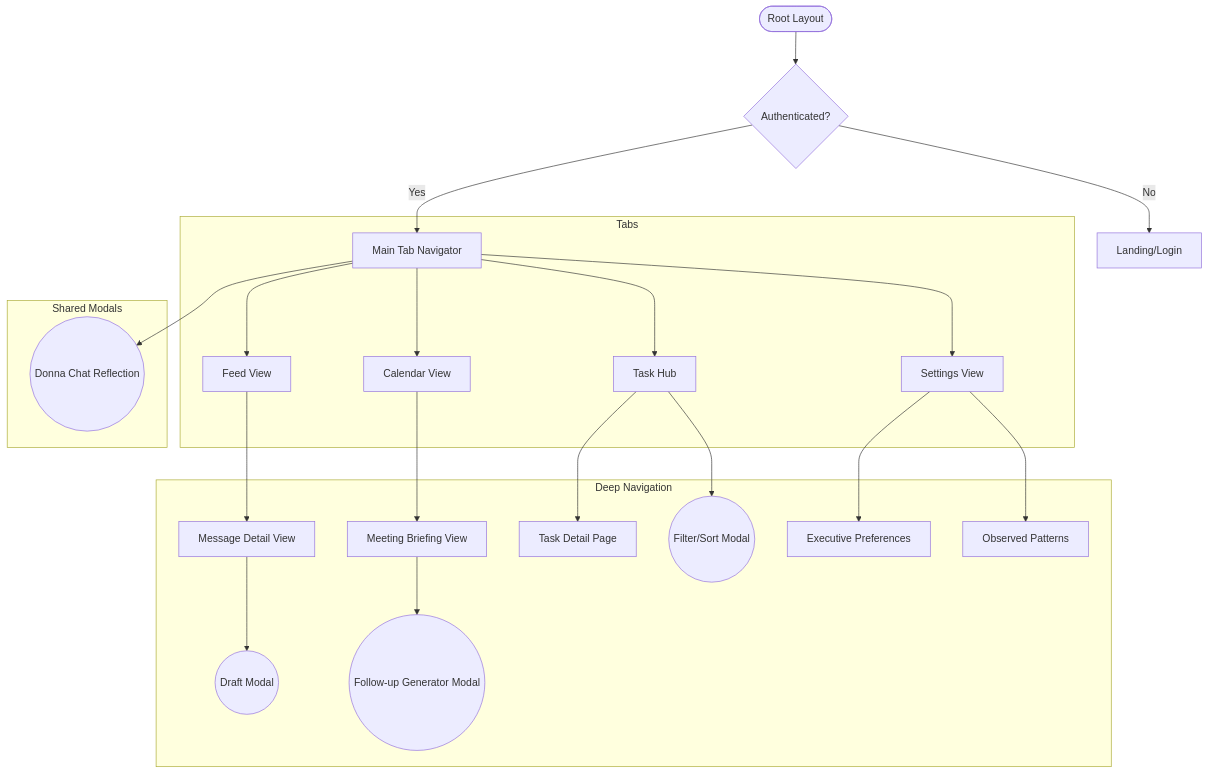
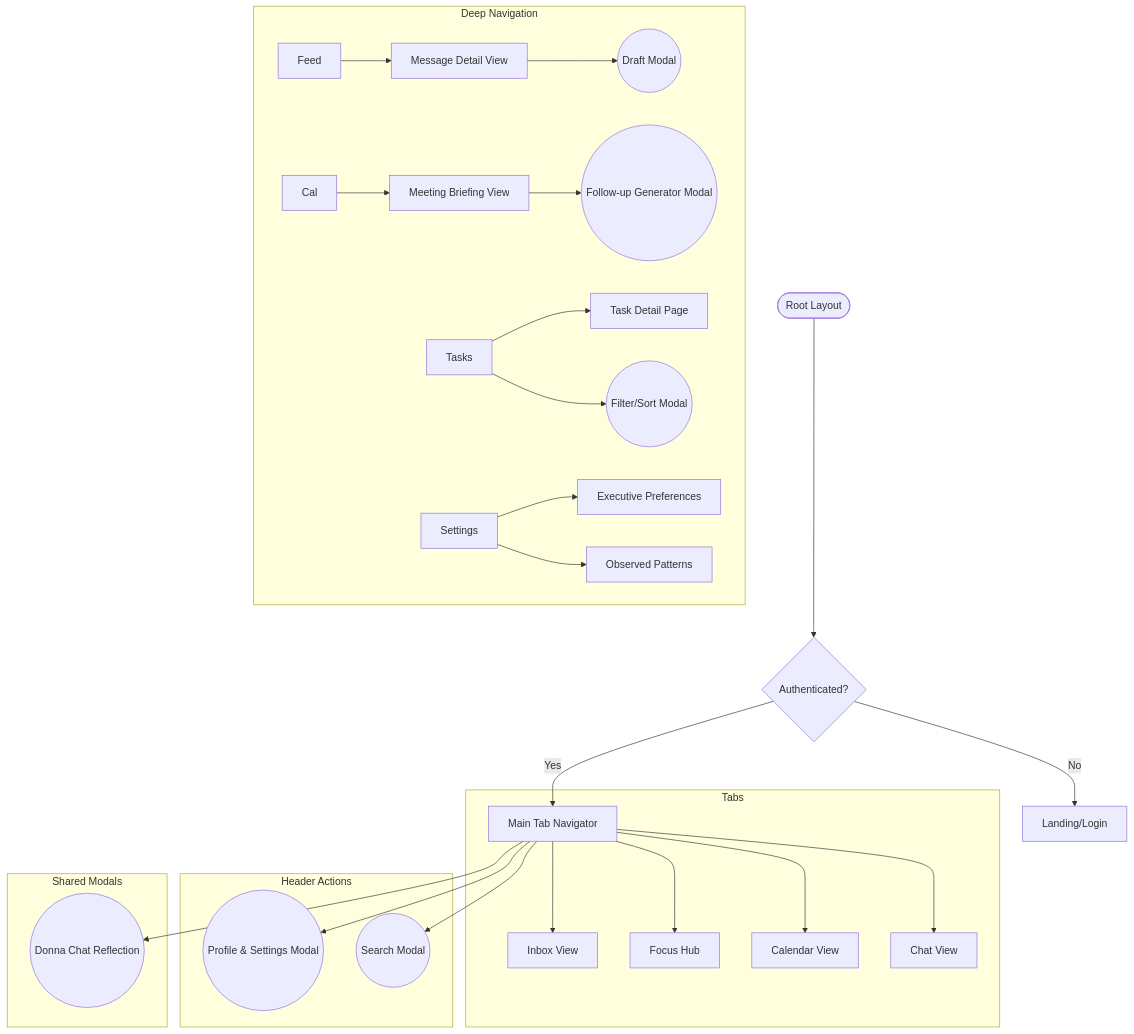
Before and after one commit to etimbukafia/assistant: the diagram in design/information_architecture.md, drawn with Mermaid. The commit also changed other lines of this file and 41 other files, not shown here.

````diff
--- a/design/information_architecture.md
+++ b/design/information_architecture.md
@@ -21,31 +26,36 @@
 ```mermaid
 graph TD
     App([Root Layout]) --> Auth{Authenticated?}
     Auth -- No --> Landing[Landing/Login]
     Auth -- Yes --> Main[Main Tab Navigator]
 
     subgraph Tabs
-        Main --> Feed[Feed View]
-        Main --> Cal[Calendar View]
-        Main --> Tasks[Task Hub]
-        Main --> Settings[Settings View]
+        Main --> Inbox[Inbox View]
+        Main --> Focus[Focus Hub]
+        Main --> Schedule[Calendar View]
+        Main --> ChatTab[Chat View]
+    end
+    
+    subgraph Header Actions
+        Main --> ProfileMod((Profile & Settings Modal))
+        Main --> Search((Search Modal))
     end
 
     subgraph Deep Navigation
         Feed --> MessageDetail[Message Detail View]
         MessageDetail --> DraftView((Draft Modal))
         
         Cal --> MeetingBrief[Meeting Briefing View]
         MeetingBrief --> FollowUpMod((Follow-up Generator Modal))
         
         Tasks --> TaskDetail[Task Detail Page]
         Tasks --> FilterMod((Filter/Sort Modal))
         
         Settings --> PrefView[Executive Preferences]
         Settings --> PatternView[Observed Patterns]
     end
 
     subgraph Shared Modals
         Main --> Chat((Donna Chat Reflection))
     end
 ```
````
